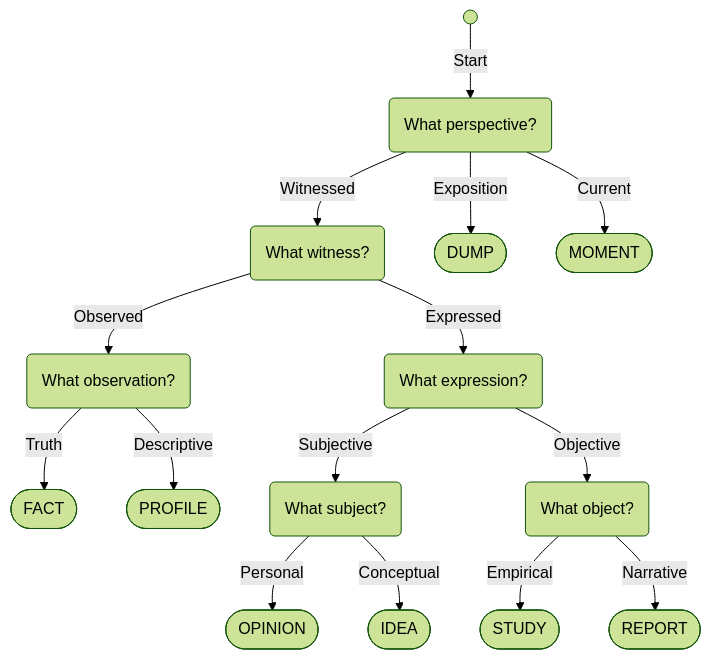
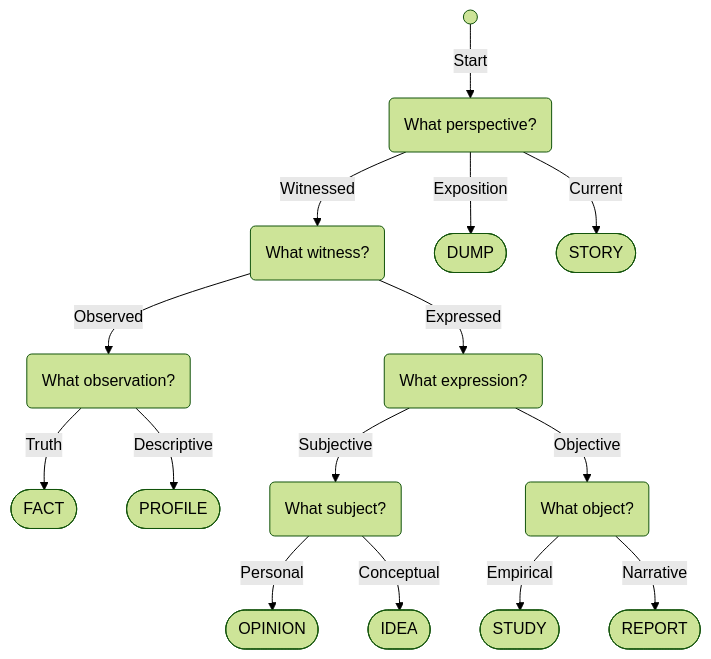
Before and after one commit to nin827/nin827.github.io: the diagram in src/site/notes/MATERIAL/NOTE/NO0004.md, drawn with Mermaid (forest theme). The commit also changed other lines of this file and 27 other files, not shown here.

````diff
--- a/src/site/notes/MATERIAL/NOTE/NO0004.md
+++ b/src/site/notes/MATERIAL/NOTE/NO0004.md
@@ -25,17 +25,17 @@
 ```mermaid
 flowchart TD;
 A@{ shape: sm-circ, label: "Start" } --> |"Start"| M("What perspective?")
 B --> |"Observed"| C("What observation?")
 B --> |"Expressed"| D("What expression?")
 C --> |"Truth"| E(["FACT"])
 C --> |"Descriptive"| F(["PROFILE"])
 D --> |"Subjective"| G("What subject?")
 D --> |"Objective"| H("What object?")
 G --> |"Personal"| I(["OPINION"])
 G --> |"Conceptual"| J(["IDEA"])
 H --> |"Empirical"| K(["STUDY"])
 H --> |"Narrative"| L(["REPORT"])
 M --> |"Exposition"| O(["DUMP"])
-M --> |"Current"| P(["MOMENT"])
+M --> |"Current"| P(["STORY"])
 M --> |"Witnessed"| B("What witness?")
 ```
````
